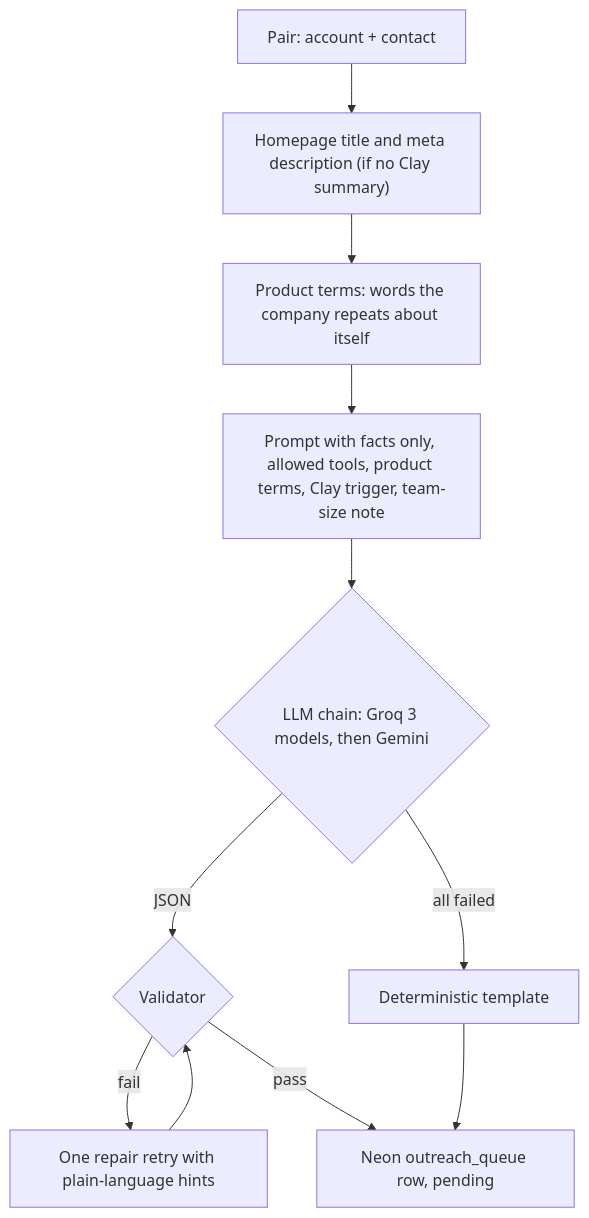
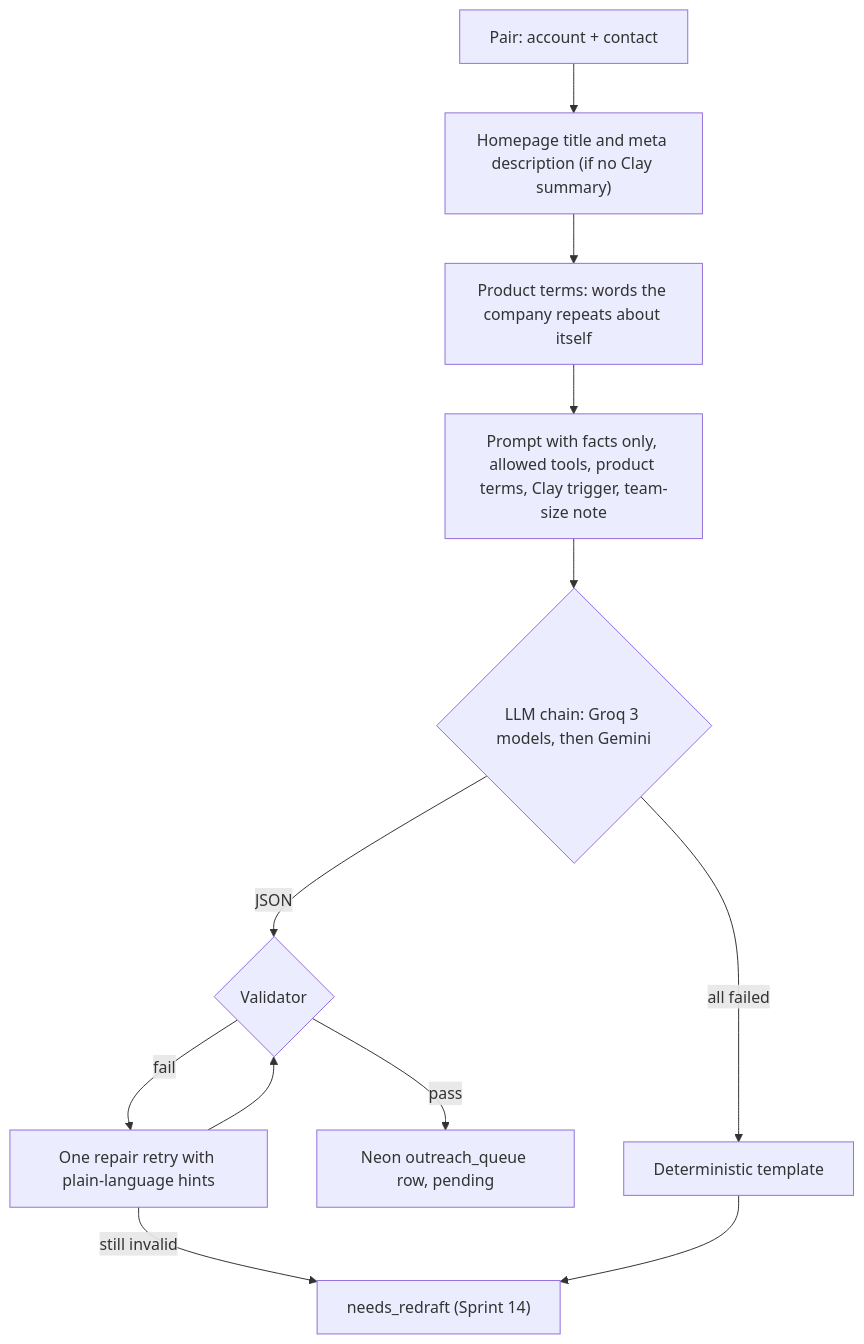
One commit to mohamedlandolsi/personal-gtm-engine changed the diagram in docs/ARCHITECTURE.md. Above: the diagram before and after it, drawn with Mermaid. The commit also changed other lines of this file and 5 other files, not shown here.

First line of the commit message:
S14 close-out docs: schema.sql, ADR-103 to 111, architecture, setup, CLAUDE.md

````diff
--- a/docs/ARCHITECTURE.md
+++ b/docs/ARCHITECTURE.md
@@ -111,11 +126,12 @@
 ```mermaid
 flowchart TB
     A[Pair: account + contact] --> B["Homepage title and meta description (if no Clay summary)"]
     B --> C["Product terms: words the company repeats about itself"]
     C --> D["Prompt with facts only, allowed tools, product terms, Clay trigger, team-size note"]
     D --> E{"LLM chain: Groq 3 models, then Gemini"}
     E -->|JSON| V{"Validator"}
     V -->|fail| R["One repair retry with plain-language hints"] --> V
     V -->|pass| OUT["Neon outreach_queue row, pending"]
-    E -->|all failed| TPL[Deterministic template] --> OUT
+    R -->|still invalid| RD["needs_redraft (Sprint 14)"]
+    E -->|all failed| TPL[Deterministic template] --> RD
 ```
````
